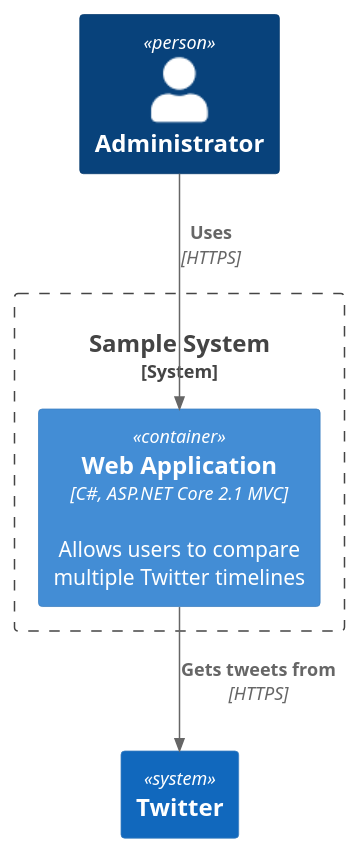
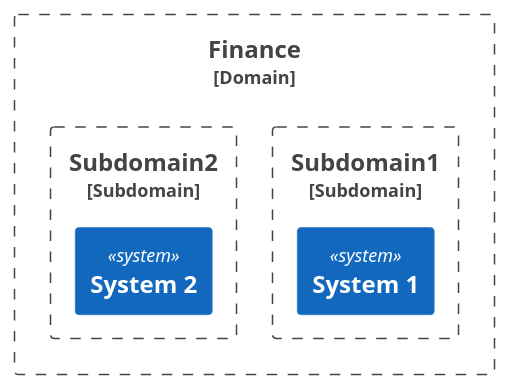
One commit to joesustaric/c4plant-uml-testing changed the diagram in test.puml. Above: the diagram before and after it, drawn with PlantUML.

Commit message:
Made the example with domains and subdomains as a context diagram

```diff
--- a/test.puml
+++ b/test.puml
@@ -1,12 +1,13 @@
 @startuml Basic Sample
-!includeurl https://raw.githubusercontent.com/RicardoNiepel/C4-PlantUML/release/1-0/C4_Container.puml
+!includeurl https://raw.githubusercontent.com/RicardoNiepel/C4-PlantUML/release/1-0/C4_Context.puml
 
-Person(admin, "Administrator")
-System_Boundary(c1, "Sample System") {
-    Container(web_app, "Web Application", "C#, ASP.NET Core 2.1 MVC", "Allows users to compare multiple Twitter timelines")
+Boundary(foo, "Finance", "Domain") {
+    Boundary(c1, "Subdomain1", "Subdomain") {
+        System(system1, "System 1")
+    }
+    Boundary(s2, "Subdomain2", "Subdomain") {
+        System(system2, "System 2")
+    }
 }
-System(twitter, "Twitter")
 
-Rel(admin, web_app, "Uses", "HTTPS")
-Rel(web_app, twitter, "Gets tweets from", "HTTPS")
 @enduml
```
